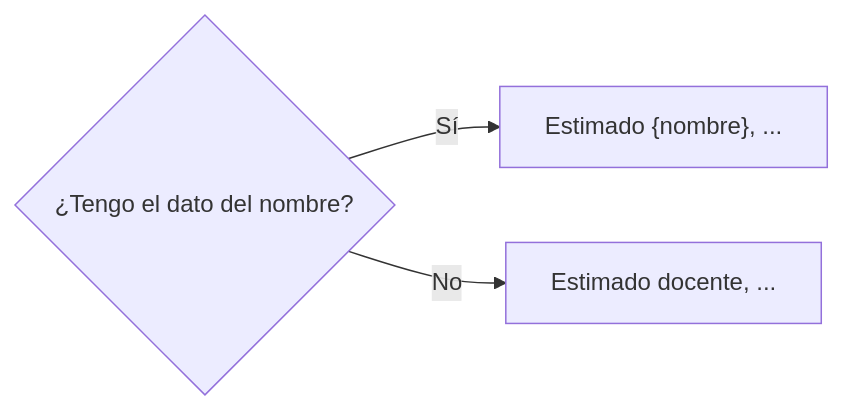
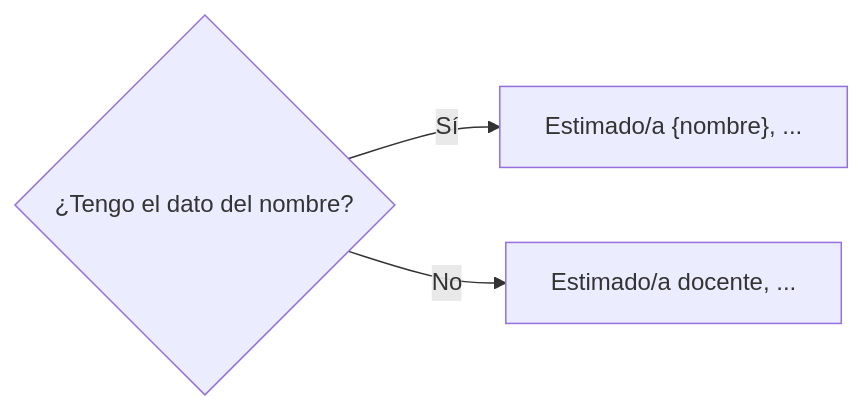
Before and after one commit to illak/campanias_nueva_bd: the diagram in desarrollo.qmd, drawn with Mermaid. The commit also changed 2 other files, not shown here.

````diff
--- a/desarrollo.qmd
+++ b/desarrollo.qmd
@@ -131,7 +131,7 @@
 ```{mermaid}
 %%| fig-align: center
 flowchart LR
   C{"¿Tengo el dato del nombre?"}
-  C-- Sí -->D["Estimado {nombre}, ..."]
-  C-- No -->E["Estimado docente, ..."]
+  C-- Sí -->D["Estimado/a {nombre}, ..."]
+  C-- No -->E["Estimado/a docente, ..."]
 ```
````
